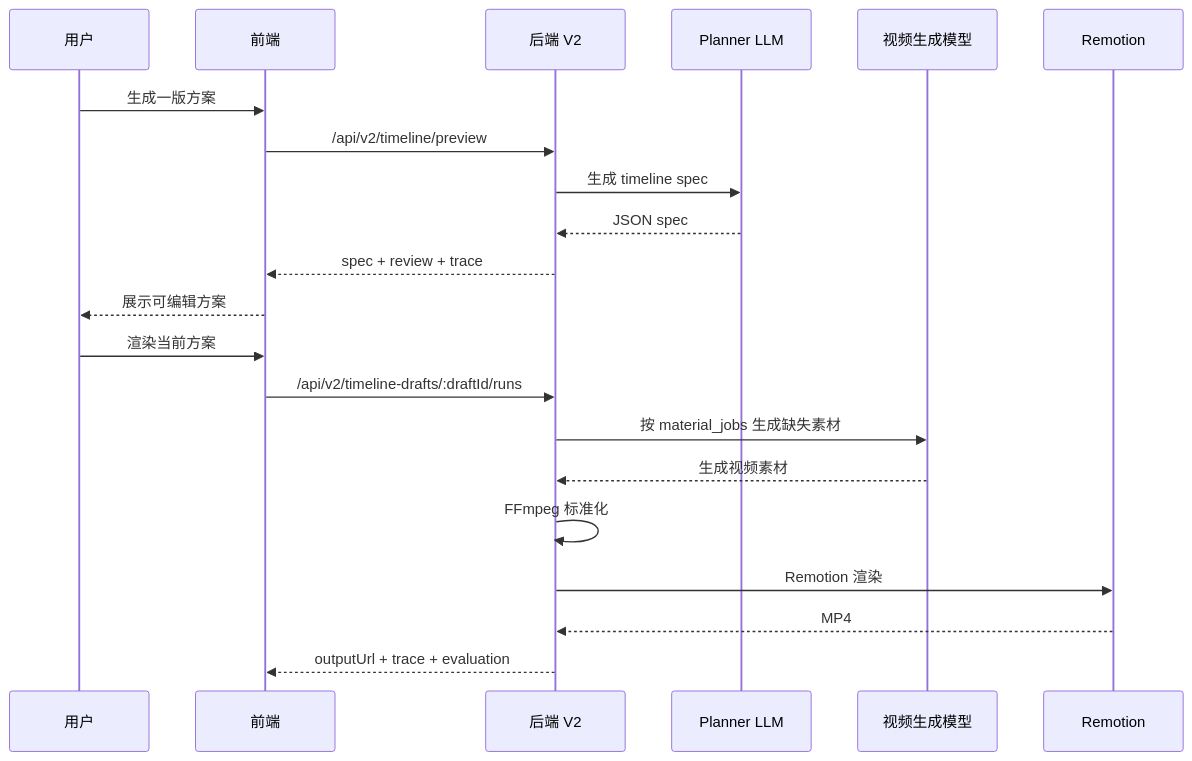
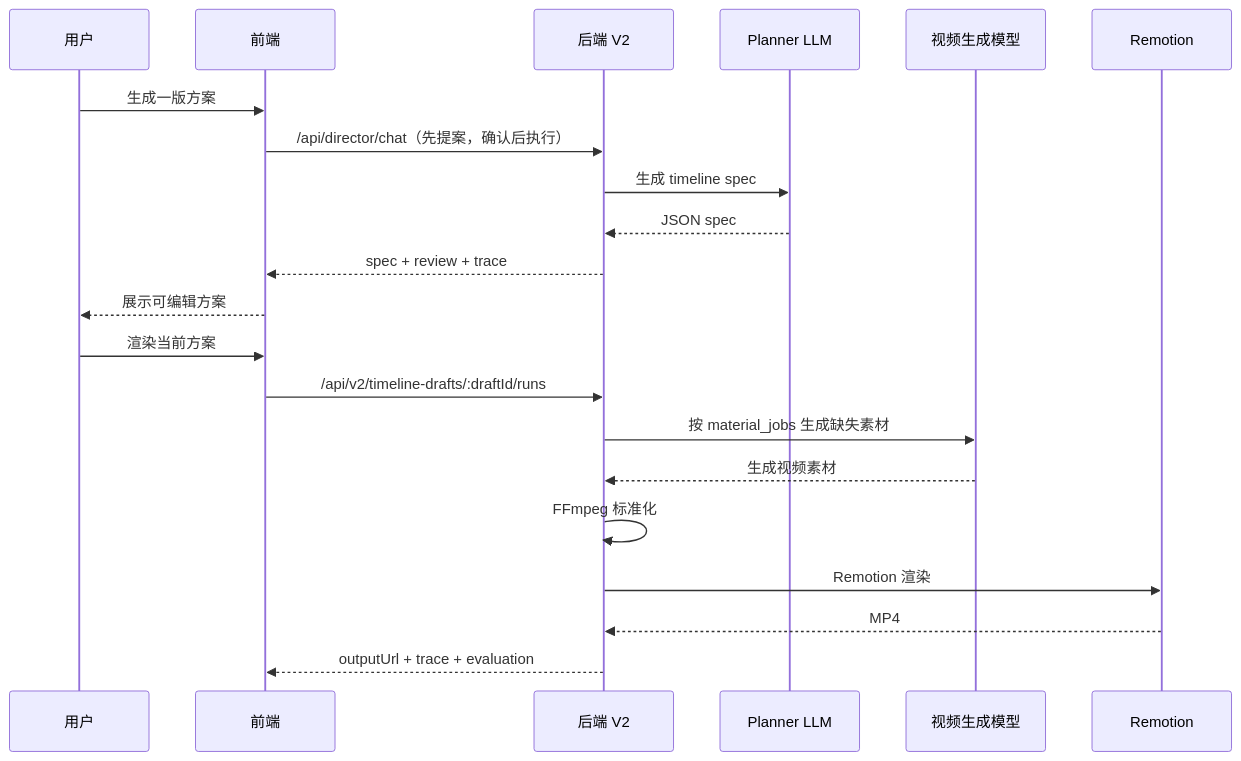
The third of 3 diagrams in PROJECT_CURRENT_STATE.md (liumu2024/AUTO_Audio), drawn with Mermaid before and after one commit. The commit also changed other lines of this file and 95 other files, not shown here.

````diff
--- a/PROJECT_CURRENT_STATE.md
+++ b/PROJECT_CURRENT_STATE.md
@@ -1404,25 +1406,25 @@
 ```mermaid
 sequenceDiagram
   participant User as 用户
   participant FE as 前端
   participant BE as 后端 V2
   participant LLM as Planner LLM
   participant Video as 视频生成模型
   participant R as Remotion
 
   User->>FE: 生成一版方案
-  FE->>BE: /api/v2/timeline/preview
+  FE->>BE: /api/director/chat（先提案，确认后执行）
   BE->>LLM: 生成 timeline spec
   LLM-->>BE: JSON spec
   BE-->>FE: spec + review + trace
   FE-->>User: 展示可编辑方案
 
   User->>FE: 渲染当前方案
   FE->>BE: /api/v2/timeline-drafts/:draftId/runs
   BE->>Video: 按 material_jobs 生成缺失素材
   Video-->>BE: 生成视频素材
   BE->>BE: FFmpeg 标准化
   BE->>R: Remotion 渲染
   R-->>BE: MP4
   BE-->>FE: outputUrl + trace + evaluation
 ```
````
